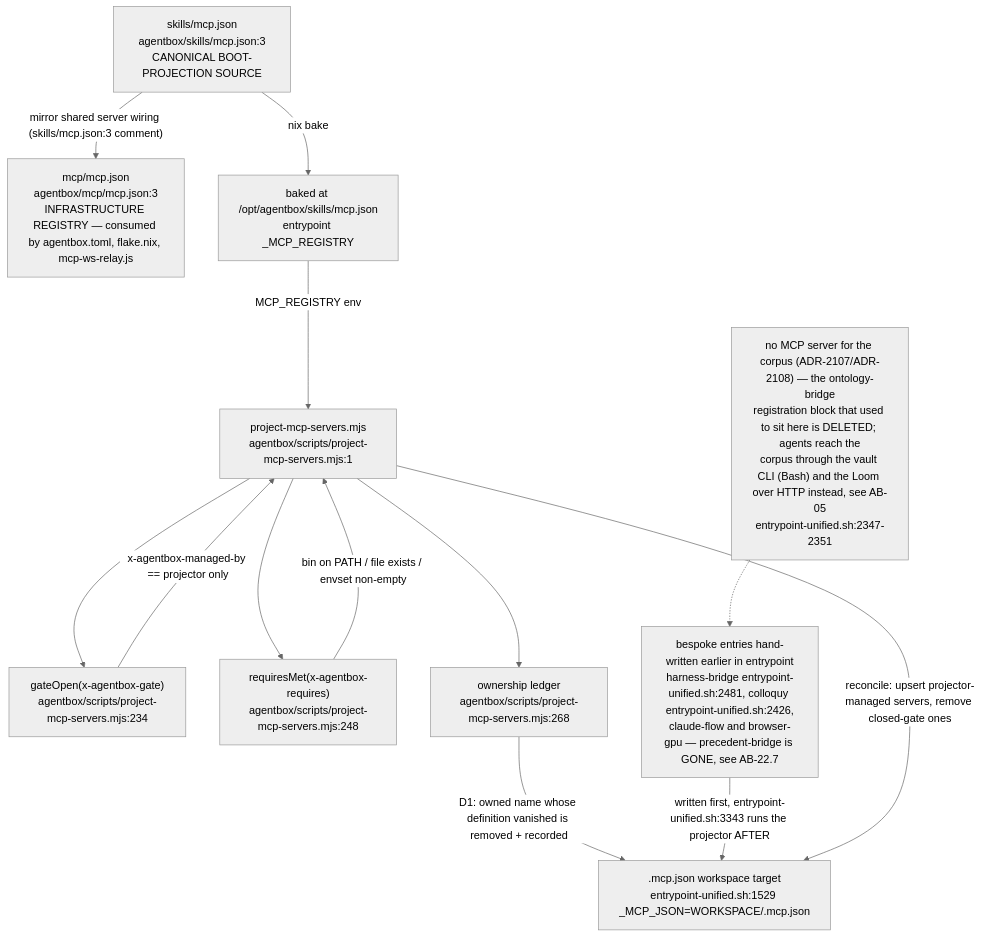
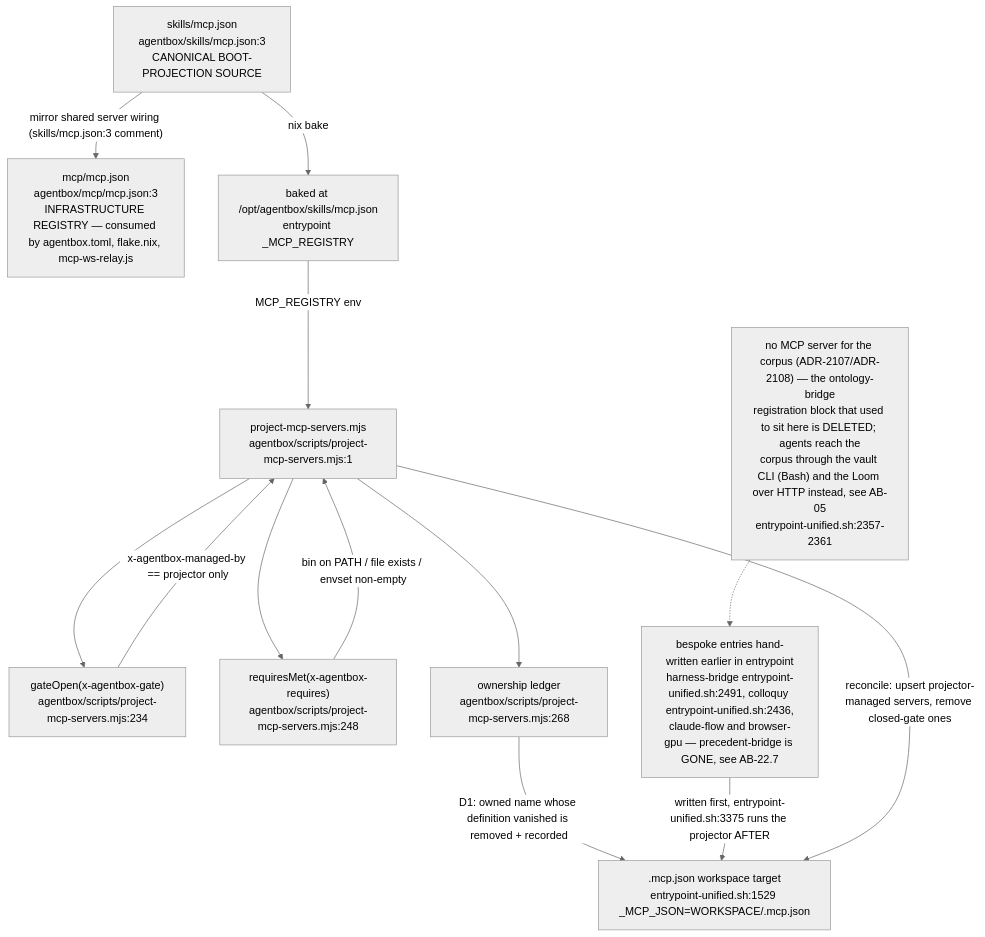
Before and after one commit to DreamLab-AI/VisionFlow: the ninth of 12 diagrams in docs/diagrams/agentbox/22-skills-and-routing.md, drawn with Mermaid (neutral theme). The commit also changed other lines of this file and 7 other files, not shown here.

````diff
--- a/docs/diagrams/agentbox/22-skills-and-routing.md
+++ b/docs/diagrams/agentbox/22-skills-and-routing.md
@@ -404,26 +404,26 @@
 ```mermaid
 flowchart TB
     REG["skills/mcp.json<br/>agentbox/skills/mcp.json:3<br/>CANONICAL BOOT-PROJECTION SOURCE"]
     MIRROR["mcp/mcp.json<br/>agentbox/mcp/mcp.json:3<br/>INFRASTRUCTURE REGISTRY — consumed by agentbox.toml, flake.nix, mcp-ws-relay.js"]
     BAKE["baked at /opt/agentbox/skills/mcp.json<br/>entrypoint _MCP_REGISTRY"]
     PROJ["project-mcp-servers.mjs<br/>agentbox/scripts/project-mcp-servers.mjs:1"]
     GATE["gateOpen(x-agentbox-gate)<br/>agentbox/scripts/project-mcp-servers.mjs:234"]
     REQ["requiresMet(x-agentbox-requires)<br/>agentbox/scripts/project-mcp-servers.mjs:248"]
     LEDGER["ownership ledger<br/>agentbox/scripts/project-mcp-servers.mjs:268"]
     WS[".mcp.json workspace target<br/>entrypoint-unified.sh:1529 _MCP_JSON=WORKSPACE/.mcp.json"]
-    NOONT["no MCP server for the corpus (ADR-2107/ADR-2108) — the ontology-bridge<br/>registration block that used to sit here is DELETED; agents reach the<br/>corpus through the vault CLI (Bash) and the Loom over HTTP instead, see AB-05<br/>entrypoint-unified.sh:2347-2351"]
-    BESPOKE["bespoke entries hand-written earlier in entrypoint<br/>harness-bridge entrypoint-unified.sh:2481, colloquy entrypoint-unified.sh:2426,<br/>claude-flow and browser-gpu — precedent-bridge is GONE, see AB-22.7"]
+    NOONT["no MCP server for the corpus (ADR-2107/ADR-2108) — the ontology-bridge<br/>registration block that used to sit here is DELETED; agents reach the<br/>corpus through the vault CLI (Bash) and the Loom over HTTP instead, see AB-05<br/>entrypoint-unified.sh:2357-2361"]
+    BESPOKE["bespoke entries hand-written earlier in entrypoint<br/>harness-bridge entrypoint-unified.sh:2491, colloquy entrypoint-unified.sh:2436,<br/>claude-flow and browser-gpu — precedent-bridge is GONE, see AB-22.7"]
 
     REG -- "mirror shared server wiring (skills/mcp.json:3 comment)" --> MIRROR
     REG -- "nix bake" --> BAKE
     BAKE -- "MCP_REGISTRY env" --> PROJ
     PROJ --> GATE
     PROJ --> REQ
     GATE -- "x-agentbox-managed-by == projector only" --> PROJ
     REQ -- "bin on PATH / file exists / envset non-empty" --> PROJ
     PROJ --> LEDGER
     LEDGER -- "D1: owned name whose definition vanished is removed + recorded" --> WS
     NOONT -.-> BESPOKE
-    BESPOKE -- "written first, entrypoint-unified.sh:3343 runs the projector AFTER" --> WS
+    BESPOKE -- "written first, entrypoint-unified.sh:3375 runs the projector AFTER" --> WS
     PROJ -- "reconcile: upsert projector-managed servers, remove closed-gate ones" --> WS
 ```
````
